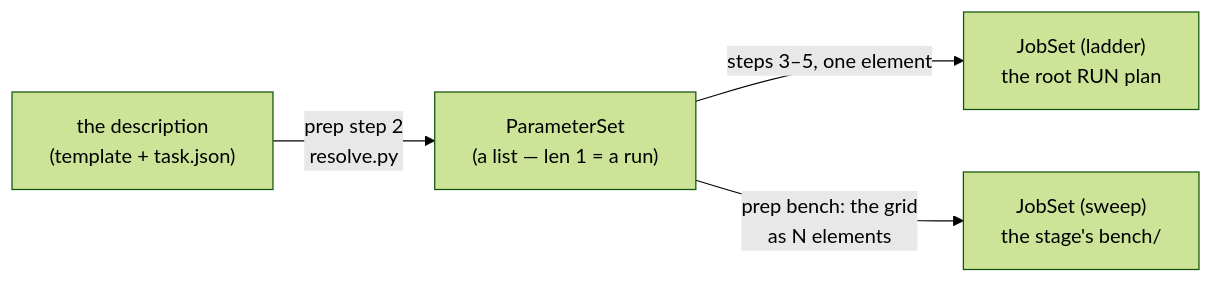
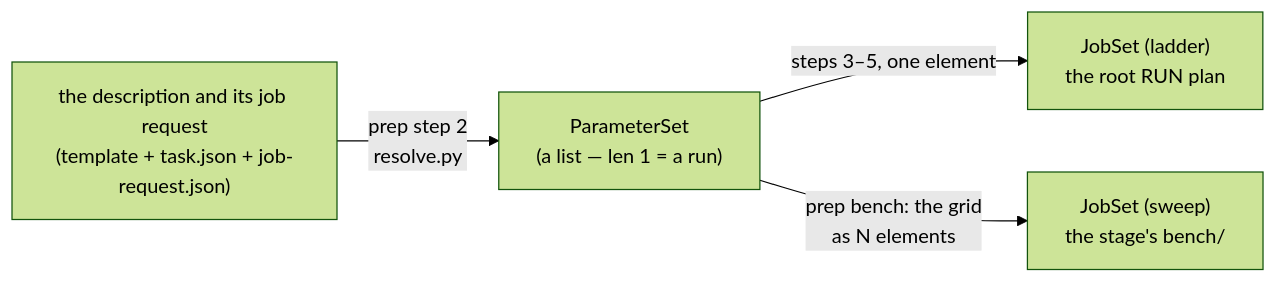
The ninth of 19 diagrams in docs/execution/job-system.md (Qing-LAB/molbuilder), drawn with Mermaid (forest theme) before and after one commit. The commit also changed other lines of this file and 196 other files, not shown here.

````diff
--- a/docs/execution/job-system.md
+++ b/docs/execution/job-system.md
@@ -1343,6 +1363,6 @@
 ```mermaid
 flowchart LR
-    D["the description<br/>(template + task.json)"] -->|"prep step 2<br/>resolve.py"| PS["ParameterSet<br/>(a list — len 1 = a run)"]
+    D["the description and its job request<br/>(template + task.json + job-request.json)"] -->|"prep step 2<br/>resolve.py"| PS["ParameterSet<br/>(a list — len 1 = a run)"]
     PS -->|"steps 3–5, one element"| L["JobSet (ladder)<br/>the root RUN plan"]
     PS -->|"prep bench: the grid<br/>as N elements"| S["JobSet (sweep)<br/>the stage's bench/"]
 ```
````
